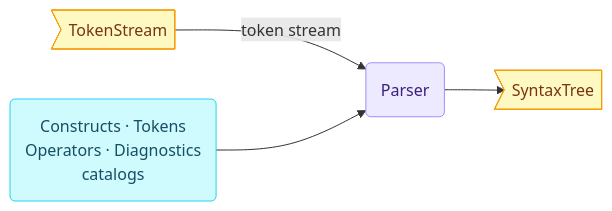
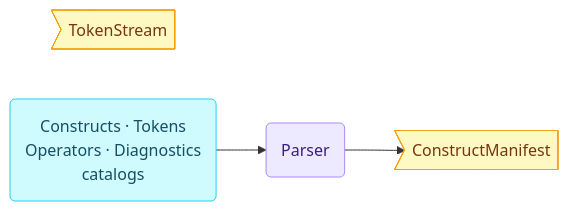
Before and after one commit to sfalik/Precept: the third of 10 diagrams in docs/compiler-and-runtime-design.md, drawn with Mermaid. The commit also changed other lines of this file and 6 other files, not shown here.

First line of the commit message:
Rename SyntaxTree -> ConstructManifest

````diff
--- a/docs/compiler-and-runtime-design.md
+++ b/docs/compiler-and-runtime-design.md
@@ -291,16 +291,14 @@
 ```mermaid
 flowchart LR
     classDef input   fill:#dbeafe,stroke:#60a5fa,color:#1e3a5f
     classDef catalog fill:#cffafe,stroke:#22d3ee,color:#164e63
     classDef stage   fill:#ede9fe,stroke:#a78bfa,color:#3b1f7e
     classDef out     fill:#fef9c3,stroke:#f59e0b,color:#78350f
 
     TS>"TokenStream"]:::out
     CAT("Constructs · Tokens<br/>Operators · Diagnostics<br/>catalogs"):::catalog
     PAR(Parser):::stage
-    OUT>"SyntaxTree"]:::out
-
-    TS -->|"token stream"| PAR
+    OUT>"ConstructManifest"]:::out
     CAT --> PAR
     PAR --> OUT
 ```
````
